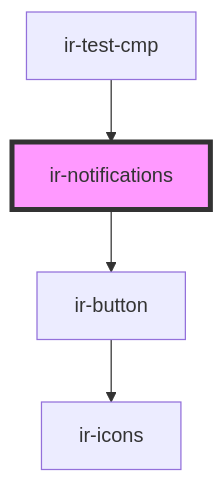
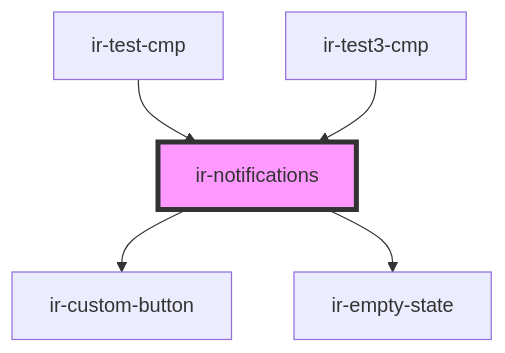
Before and after one commit to RonyRizk/ir-webcmp: the diagram in src/components/ir-notifications/readme.md, drawn with Mermaid. The commit also changed other lines of this file and 235 other files, not shown here.

````diff
--- a/src/components/ir-notifications/readme.md
+++ b/src/components/ir-notifications/readme.md
@@ -33,7 +35,8 @@
 ```mermaid
 graph TD;
-  ir-notifications --> ir-button
-  ir-button --> ir-icons
+  ir-notifications --> ir-custom-button
+  ir-notifications --> ir-empty-state
   ir-test-cmp --> ir-notifications
+  ir-test3-cmp --> ir-notifications
   style ir-notifications fill:#f9f,stroke:#333,stroke-width:4px
 ```
````
